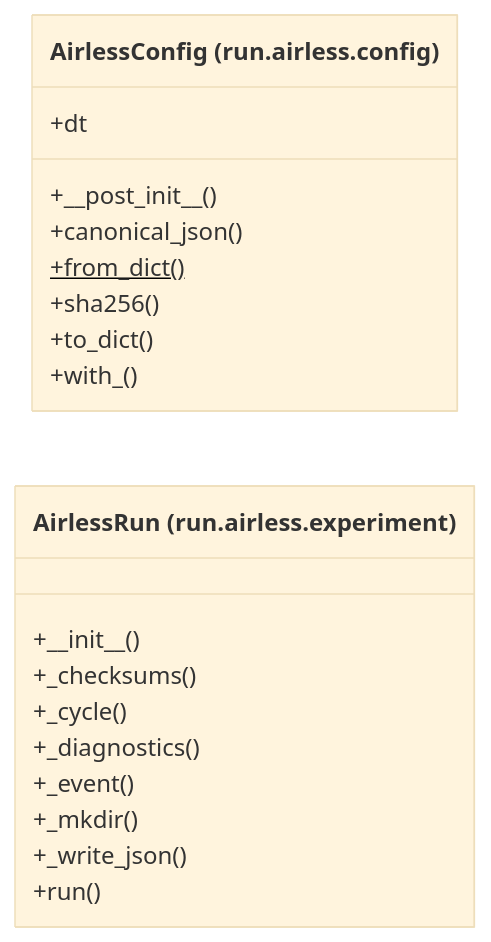
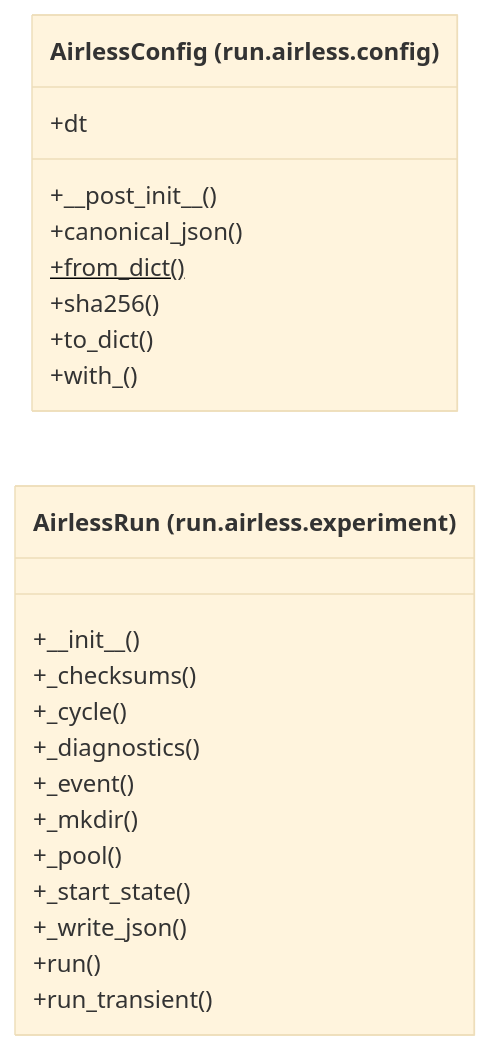
Before and after one commit to AlexandreEros/Palintropos: the second of 2 diagrams in docs/architecture/current/packages/tropoi.run.airless.md, drawn with Mermaid (base theme). The commit also changed other lines of this file and 11 other files, not shown here.

First line of the commit message:
Refresh architecture snapshot for airless transients

````diff
--- a/docs/architecture/current/packages/tropoi.run.airless.md
+++ b/docs/architecture/current/packages/tropoi.run.airless.md
@@ -47,23 +47,26 @@
 ```mermaid
 %% Generated by tools.architecture 2.3.0. Do not edit by hand.
 %% Classes of tropoi.run.airless
 classDiagram
     direction LR
     class c_tropoi_orun_oairless_oconfig_oAirlessConfig["AirlessConfig (run.airless.config)"]
     c_tropoi_orun_oairless_oconfig_oAirlessConfig : +#95;#95;post#95;init#95;#95;()
     c_tropoi_orun_oairless_oconfig_oAirlessConfig : +canonical#95;json()
     c_tropoi_orun_oairless_oconfig_oAirlessConfig : +dt
     c_tropoi_orun_oairless_oconfig_oAirlessConfig : +from#95;dict()$
     c_tropoi_orun_oairless_oconfig_oAirlessConfig : +sha256()
     c_tropoi_orun_oairless_oconfig_oAirlessConfig : +to#95;dict()
     c_tropoi_orun_oairless_oconfig_oAirlessConfig : +with#95;()
     class c_tropoi_orun_oairless_oexperiment_oAirlessRun["AirlessRun (run.airless.experiment)"]
     c_tropoi_orun_oairless_oexperiment_oAirlessRun : +#95;#95;init#95;#95;()
     c_tropoi_orun_oairless_oexperiment_oAirlessRun : +#95;checksums()
     c_tropoi_orun_oairless_oexperiment_oAirlessRun : +#95;cycle()
     c_tropoi_orun_oairless_oexperiment_oAirlessRun : +#95;diagnostics()
     c_tropoi_orun_oairless_oexperiment_oAirlessRun : +#95;event()
     c_tropoi_orun_oairless_oexperiment_oAirlessRun : +#95;mkdir()
+    c_tropoi_orun_oairless_oexperiment_oAirlessRun : +#95;pool()
+    c_tropoi_orun_oairless_oexperiment_oAirlessRun : +#95;start#95;state()
     c_tropoi_orun_oairless_oexperiment_oAirlessRun : +#95;write#95;json()
     c_tropoi_orun_oairless_oexperiment_oAirlessRun : +run()
+    c_tropoi_orun_oairless_oexperiment_oAirlessRun : +run#95;transient()
 ```
````
